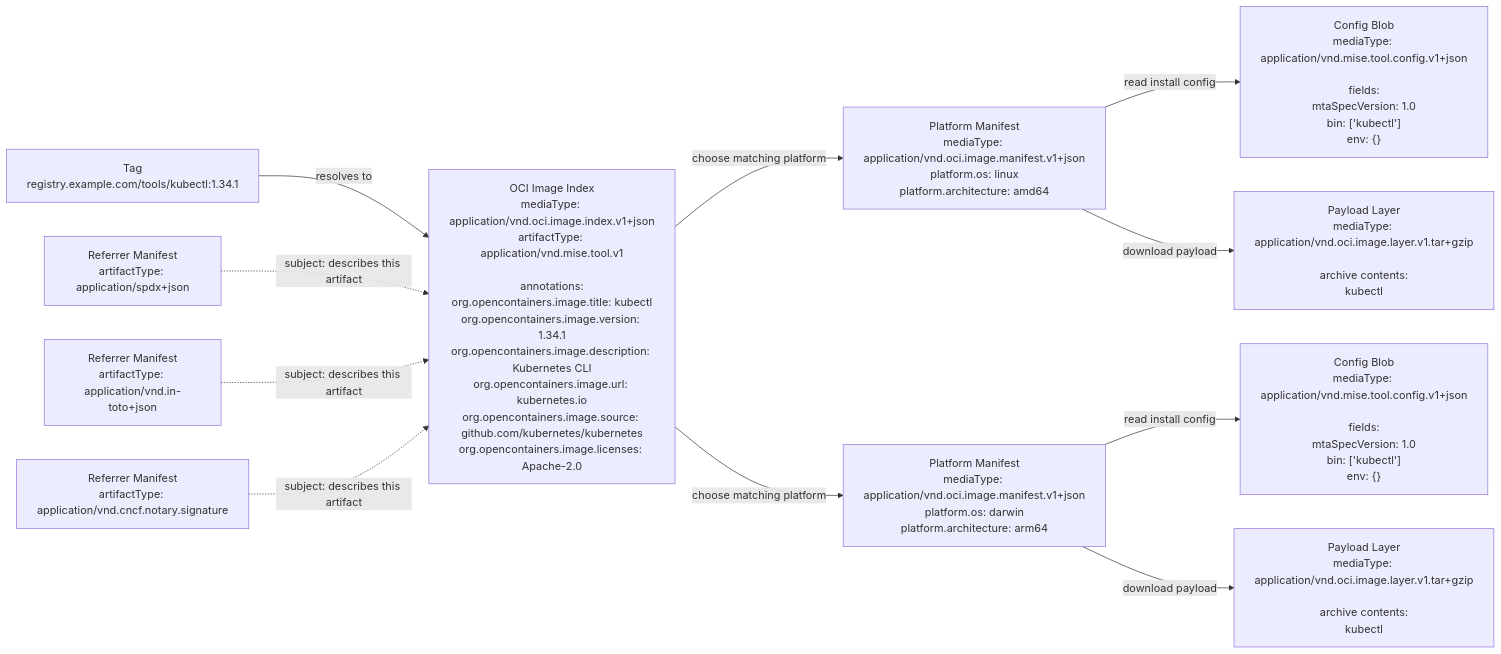
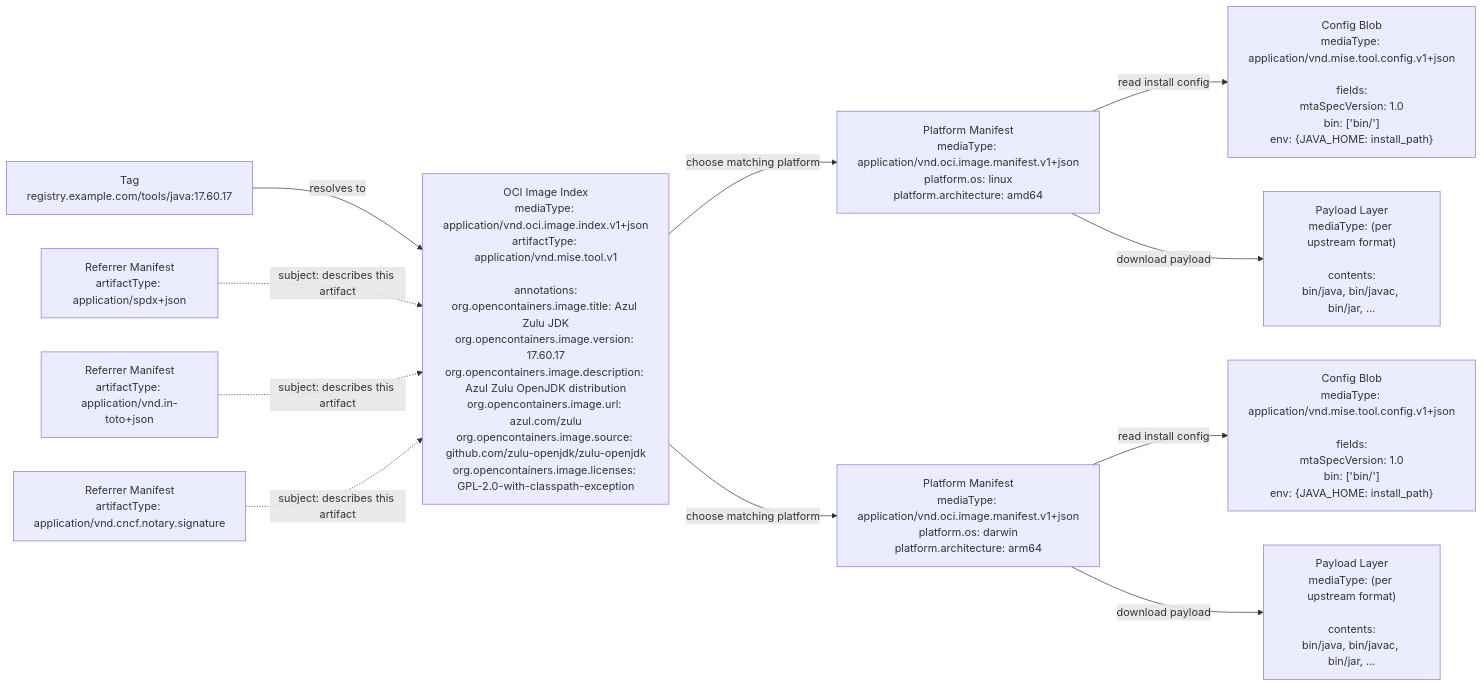
One commit to jbadeau/mise-tool-artifact-specification changed the diagram in README.md. Above: the diagram before and after it, drawn with Mermaid. The commit also changed other lines of this file and 5 other files, not shown here.

````diff
--- a/README.md
+++ b/README.md
@@ -49,32 +52,32 @@
 ```mermaid
 flowchart LR
-    TAG["Tag<br/>registry.example.com/tools/kubectl:1.34.1"]
-    IDX["OCI Image Index<br/>mediaType: application/vnd.oci.image.index.v1+json<br/>artifactType: application/vnd.mise.tool.v1<br/><br/>annotations:<br/>org.opencontainers.image.title: kubectl<br/>org.opencontainers.image.version: 1.34.1<br/>org.opencontainers.image.description: Kubernetes CLI<br/>org.opencontainers.image.url: kubernetes.io<br/>org.opencontainers.image.source: github.com/kubernetes/kubernetes<br/>org.opencontainers.image.licenses: Apache-2.0"]
+    TAG["Tag<br/>registry.example.com/tools/java:17.60.17"]
+    IDX["OCI Image Index<br/>mediaType: application/vnd.oci.image.index.v1+json<br/>artifactType: application/vnd.mise.tool.v1<br/><br/>annotations:<br/>org.opencontainers.image.title: Azul Zulu JDK<br/>org.opencontainers.image.version: 17.60.17<br/>org.opencontainers.image.description: Azul Zulu OpenJDK distribution<br/>org.opencontainers.image.url: azul.com/zulu<br/>org.opencontainers.image.source: github.com/zulu-openjdk/zulu-openjdk<br/>org.opencontainers.image.licenses: GPL-2.0-with-classpath-exception"]
 
     M1["Platform Manifest<br/>mediaType: application/vnd.oci.image.manifest.v1+json<br/>platform.os: linux<br/>platform.architecture: amd64"]
     M2["Platform Manifest<br/>mediaType: application/vnd.oci.image.manifest.v1+json<br/>platform.os: darwin<br/>platform.architecture: arm64"]
 
-    C1["Config Blob<br/>mediaType: application/vnd.mise.tool.config.v1+json<br/><br/>fields:<br/>mtaSpecVersion: 1.0<br/>bin: ['kubectl']<br/>env: {}"]
-    C2["Config Blob<br/>mediaType: application/vnd.mise.tool.config.v1+json<br/><br/>fields:<br/>mtaSpecVersion: 1.0<br/>bin: ['kubectl']<br/>env: {}"]
+    C1["Config Blob<br/>mediaType: application/vnd.mise.tool.config.v1+json<br/><br/>fields:<br/>mtaSpecVersion: 1.0<br/>bin: ['bin/']<br/>env: {JAVA_HOME: install_path}"]
+    C2["Config Blob<br/>mediaType: application/vnd.mise.tool.config.v1+json<br/><br/>fields:<br/>mtaSpecVersion: 1.0<br/>bin: ['bin/']<br/>env: {JAVA_HOME: install_path}"]
 
-    L1["Payload Layer<br/>mediaType: application/vnd.oci.image.layer.v1.tar+gzip<br/><br/>archive contents:<br/>kubectl"]
-    L2["Payload Layer<br/>mediaType: application/vnd.oci.image.layer.v1.tar+gzip<br/><br/>archive contents:<br/>kubectl"]
+    L1["Payload Layer<br/>mediaType: (per upstream format)<br/><br/>contents:<br/>bin/java, bin/javac, bin/jar, ..."]
+    L2["Payload Layer<br/>mediaType: (per upstream format)<br/><br/>contents:<br/>bin/java, bin/javac, bin/jar, ..."]
 
     R1["Referrer Manifest<br/>artifactType: application/spdx+json"]
     R2["Referrer Manifest<br/>artifactType: application/vnd.in-toto+json"]
     R3["Referrer Manifest<br/>artifactType: application/vnd.cncf.notary.signature"]
 
     TAG -->|"resolves to"| IDX
 
     IDX -->|"choose matching platform"| M1
     IDX -->|"choose matching platform"| M2
 
     M1 -->|"read install config"| C1
     M1 -->|"download payload"| L1
     M2 -->|"read install config"| C2
     M2 -->|"download payload"| L2
 
     R1 -. "subject: describes this artifact" .-> IDX
     R2 -. "subject: describes this artifact" .-> IDX
     R3 -. "subject: describes this artifact" .-> IDX
 ```
````
